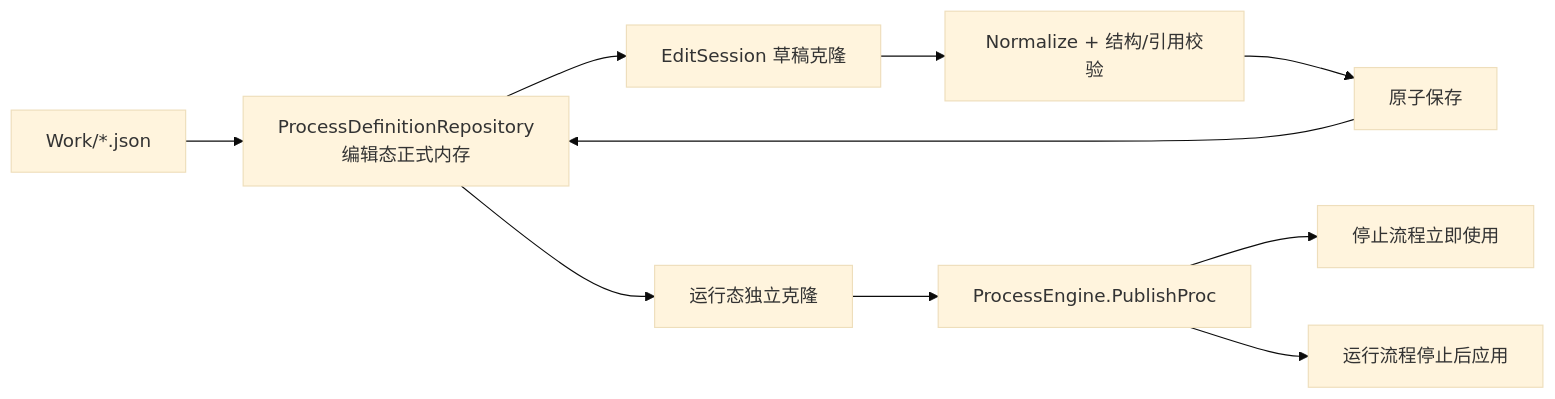
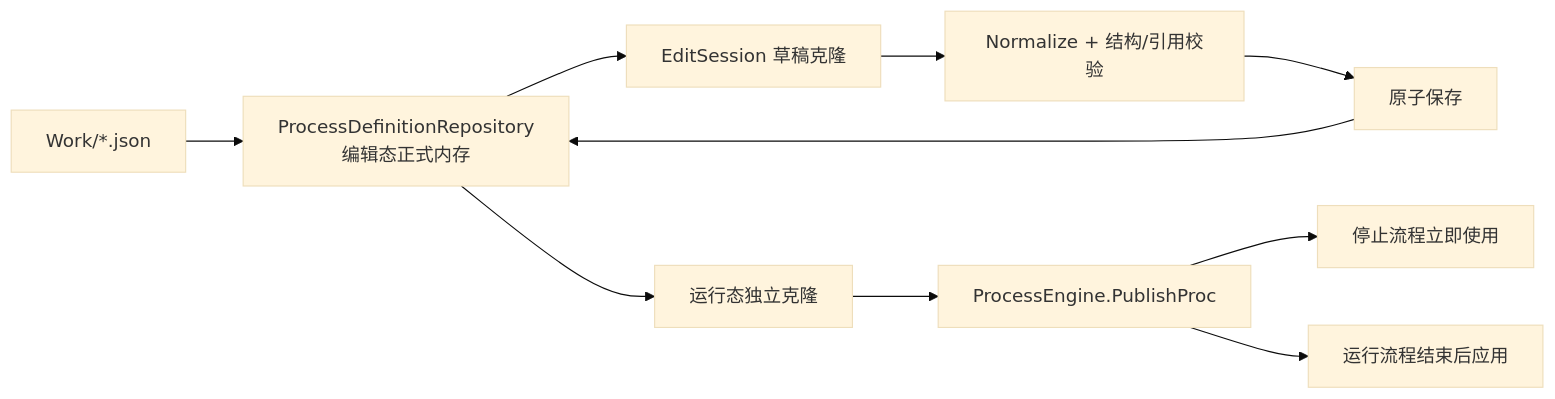
Before and after one commit to zeastwin/Automation: the first of 2 diagrams in Docs/Architecture/03-流程编辑与运行.md, drawn with Mermaid (base theme). The commit also changed other lines of this file and 101 other files, not shown here.

````diff
--- a/Docs/Architecture/03-流程编辑与运行.md
+++ b/Docs/Architecture/03-流程编辑与运行.md
@@ -15,12 +15,12 @@
 ```mermaid
 flowchart LR
     Disk["Work/*.json"] --> Definition["ProcessDefinitionRepository\n编辑态正式内存"]
     Definition --> Draft["EditSession 草稿克隆"]
     Draft --> Normalize["Normalize + 结构/引用校验"]
     Normalize --> Save["原子保存"]
     Save --> Definition
     Definition --> Clone["运行态独立克隆"]
     Clone --> Publish["ProcessEngine.PublishProc"]
     Publish --> Current["停止流程立即使用"]
-    Publish --> Pending["运行流程停止后应用"]
+    Publish --> Pending["运行流程结束后应用"]
 ```
````
